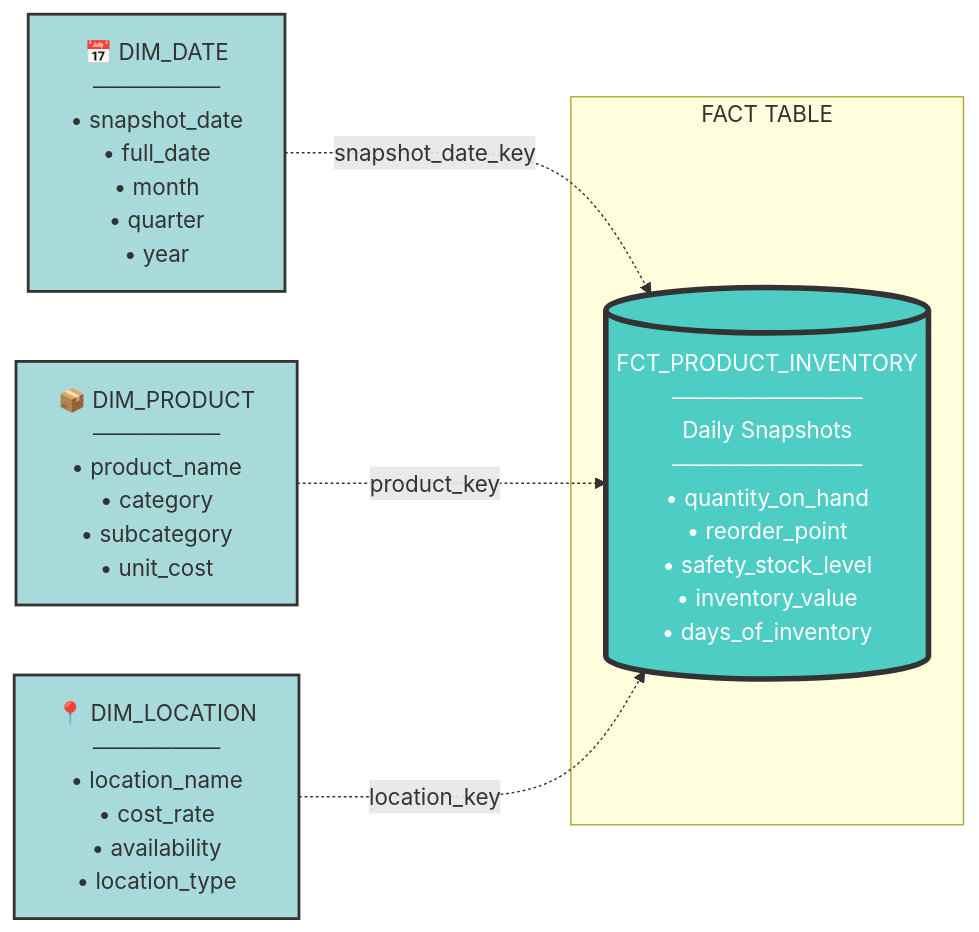
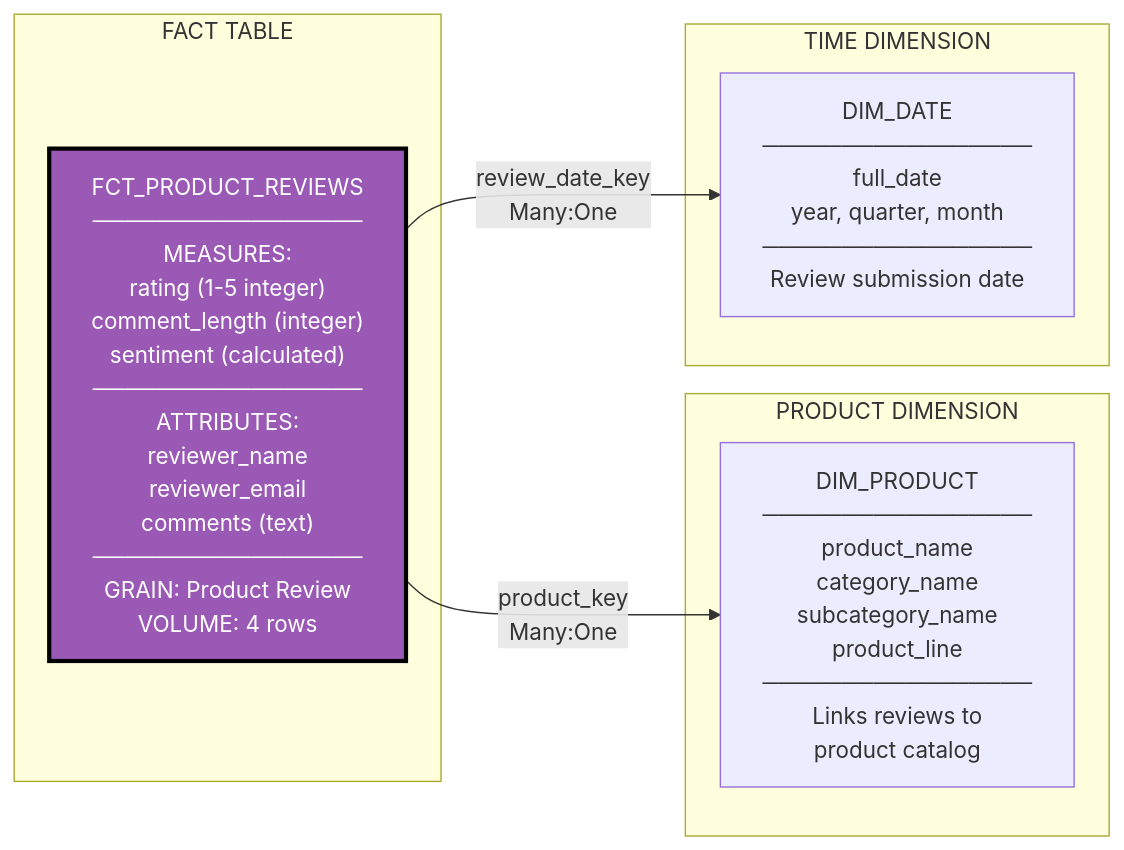
The third of 6 diagrams in phase_1/diagram.md (davidbryne66/hackathon), drawn with Mermaid before and after one commit. The commit also changed other lines of this file and 43 other files, not shown here.

````diff
--- a/phase_1/diagram.md
+++ b/phase_1/diagram.md
@@ -140,19 +241,19 @@
 ```mermaid
 graph LR
     subgraph "FACT TABLE"
-        INV[("FCT_PRODUCT_INVENTORY<br/>────────────<br/>Daily Snapshots<br/>────────────<br/>• quantity_on_hand<br/>• reorder_point<br/>• safety_stock_level<br/>• inventory_value<br/>• days_of_inventory")]
+        REV["FCT_PRODUCT_REVIEWS<br/>─────────────────<br/>MEASURES:<br/>rating (1-5 integer)<br/>comment_length (integer)<br/>sentiment (calculated)<br/>─────────────────<br/>ATTRIBUTES:<br/>reviewer_name<br/>reviewer_email<br/>comments (text)<br/>─────────────────<br/>GRAIN: Product Review<br/>VOLUME: 4 rows"]
     end
   
-    DATE["📅 DIM_DATE<br/>────────<br/>• snapshot_date<br/>• full_date<br/>• month<br/>• quarter<br/>• year"]
-    PRODUCT["📦 DIM_PRODUCT<br/>────────<br/>• product_name<br/>• category<br/>• subcategory<br/>• unit_cost"]
-    LOCATION["📍 DIM_LOCATION<br/>────────<br/>• location_name<br/>• cost_rate<br/>• availability<br/>• location_type"]
+    subgraph "PRODUCT DIMENSION"
+        PROD["DIM_PRODUCT<br/>─────────────────<br/>product_name<br/>category_name<br/>subcategory_name<br/>product_line<br/>─────────────────<br/>Links reviews to<br/>product catalog"]
+    end
   
-    DATE -.->|snapshot_date_key| INV
-    PRODUCT -.->|product_key| INV
-    LOCATION -.->|location_key| INV
+    subgraph "TIME DIMENSION"
+        DATE["DIM_DATE<br/>─────────────────<br/>full_date<br/>year, quarter, month<br/>─────────────────<br/>Review submission date"]
+    end
   
-    style INV fill:#4ecdc4,stroke:#333,stroke-width:4px,color:#fff
-    style DATE fill:#a8dadc,stroke:#333,stroke-width:2px
-    style PRODUCT fill:#a8dadc,stroke:#333,stroke-width:2px
-    style LOCATION fill:#a8dadc,stroke:#333,stroke-width:2px
+    REV -->|product_key<br/>Many:One| PROD
+    REV -->|review_date_key<br/>Many:One| DATE
+  
+    style REV fill:#9b59b6,stroke:#000,stroke-width:3px,color:#fff
 ```
````
